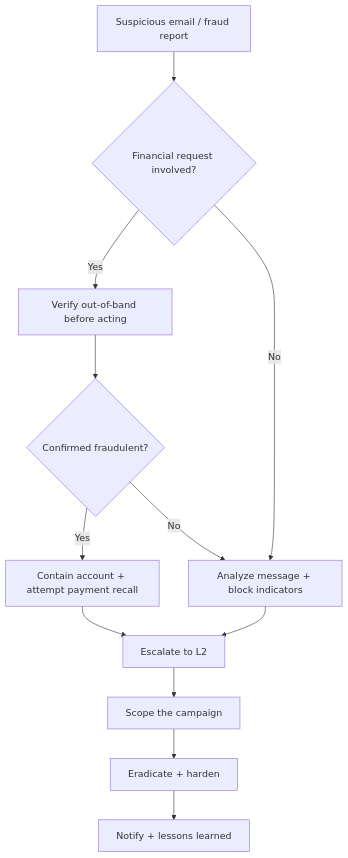
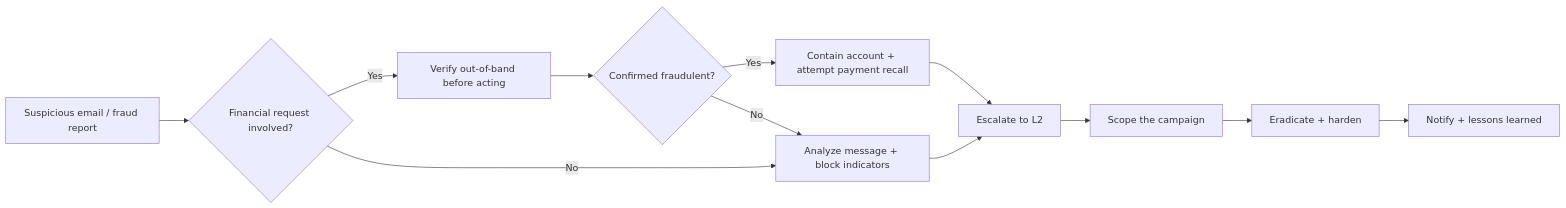
The diagram in docs/runbooks/phishing-bec.md (MiracleDvm/ir-firstline), drawn with Mermaid before and after one commit. The commit also changed other lines of this file and 26 other files, not shown here.

Commit message:
Fix decision-tree diagram sizing/legibility, add PDF export, land tool links -- Convert decision trees to horizontal/collapsible, link cited tools/sources

````diff
--- a/docs/runbooks/phishing-bec.md
+++ b/docs/runbooks/phishing-bec.md
@@ -29,14 +31,14 @@
-```mermaid
-flowchart TD
-    A[Suspicious email / fraud report] --> B{Financial request involved?}
-    B -->|Yes| C[Verify out-of-band before acting]
-    C --> D{Confirmed fraudulent?}
-    D -->|Yes| E[Contain account + attempt payment recall]
-    B -->|No| F[Analyze message + block indicators]
-    D -->|No| F
-    E --> G[Escalate to L2]
-    F --> G
-    G --> H[Scope the campaign]
-    H --> I[Eradicate + harden]
-    I --> J[Notify + lessons learned]
-```
+    ```mermaid
+    flowchart LR
+        A[Suspicious email / fraud report] --> B{Financial request involved?}
+        B -->|Yes| C[Verify out-of-band before acting]
+        C --> D{Confirmed fraudulent?}
+        D -->|Yes| E[Contain account + attempt payment recall]
+        B -->|No| F[Analyze message + block indicators]
+        D -->|No| F
+        E --> G[Escalate to L2]
+        F --> G
+        G --> H[Scope the campaign]
+        H --> I[Eradicate + harden]
+        I --> J[Notify + lessons learned]
+    ```
````
